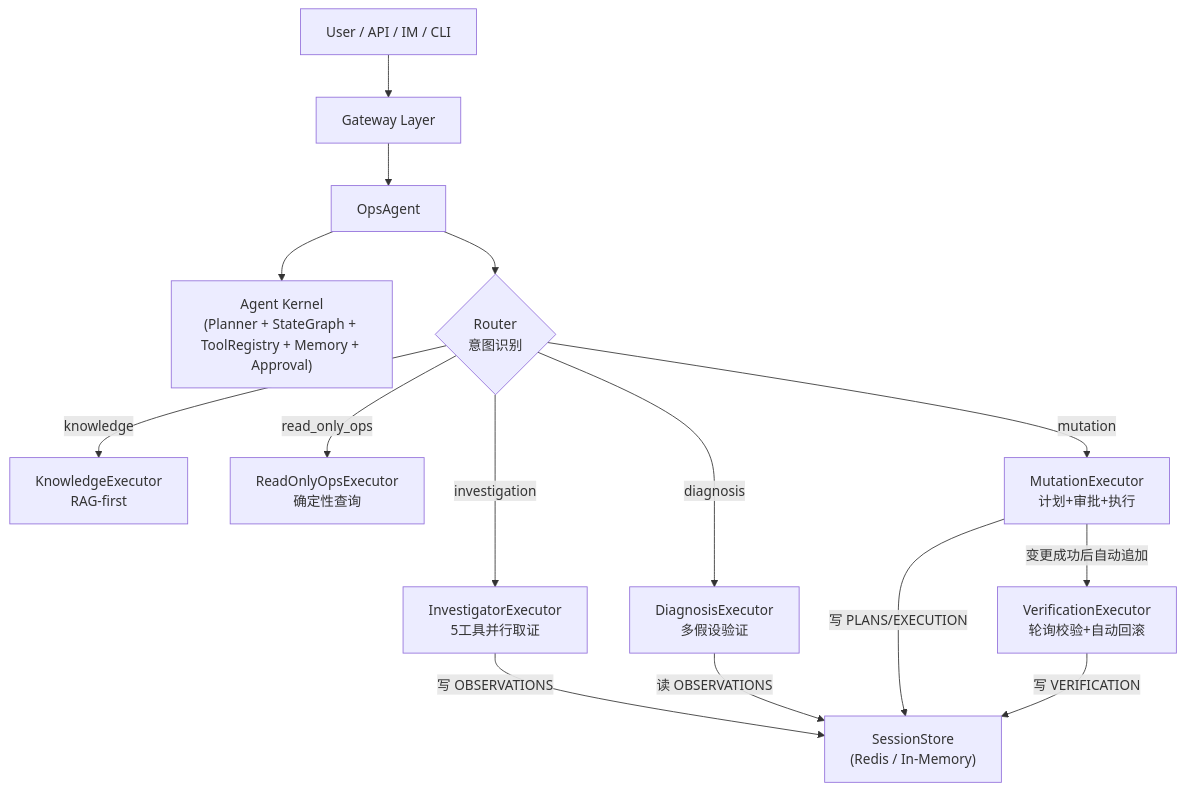
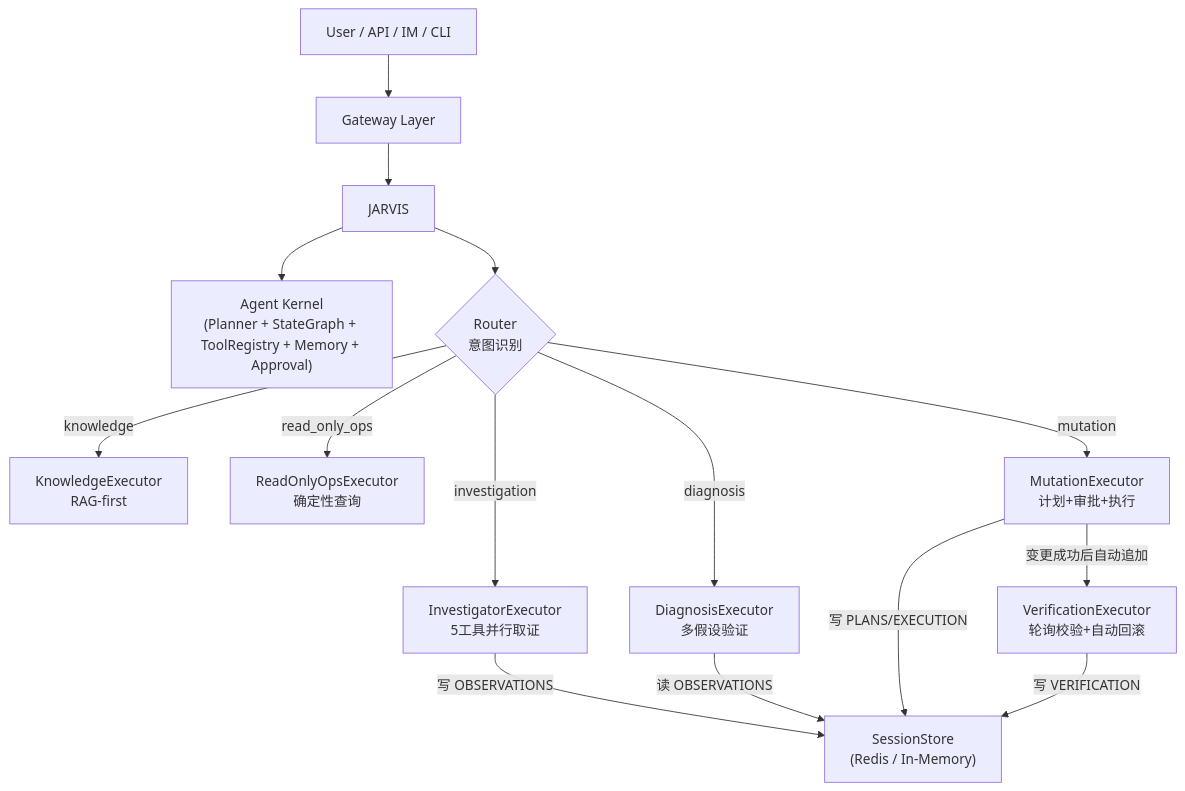
One commit to lichao01111-dot/ops-agent changed the diagram in README.md. Above: the diagram before and after it, drawn with Mermaid. The commit also changed other lines of this file and 9 other files, not shown here.

````diff
--- a/README.md
+++ b/README.md
@@ -26,18 +28,18 @@
 ```mermaid
 flowchart TD
     U["User / API / IM / CLI"] --> G["Gateway Layer"]
-    G --> O["OpsAgent"]
+    G --> O["JARVIS"]
     O --> K["Agent Kernel\n(Planner + StateGraph + ToolRegistry + Memory + Approval)"]
     O --> R{"Router\n意图识别"}
     R -->|investigation| IV["InvestigatorExecutor\n5工具并行取证"]
     R -->|knowledge| KX["KnowledgeExecutor\nRAG-first"]
     R -->|read_only_ops| RO["ReadOnlyOpsExecutor\n确定性查询"]
     R -->|diagnosis| DX["DiagnosisExecutor\n多假设验证"]
     R -->|mutation| MX["MutationExecutor\n计划+审批+执行"]
     MX -->|变更成功后自动追加| VX["VerificationExecutor\n轮询校验+自动回滚"]
 
     IV -->|写 OBSERVATIONS| MEM["SessionStore\n(Redis / In-Memory)"]
     DX -->|读 OBSERVATIONS| MEM
     MX -->|写 PLANS/EXECUTION| MEM
     VX -->|写 VERIFICATION| MEM
 ```
````
